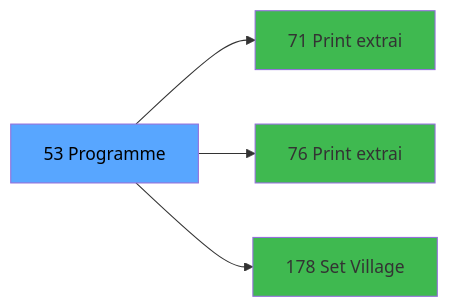
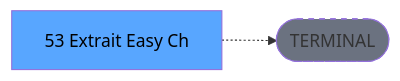
One commit to thonyAGP/lecteur-magic changed the third of 3 diagrams in .openspec/renders/ADH-IDE-53.md. Above: the diagram before and after it, drawn with Mermaid. The commit also changed other lines of this file and 701 other files, not shown here.

````diff
--- a/.openspec/renders/ADH-IDE-53.md
+++ b/.openspec/renders/ADH-IDE-53.md
@@ -125,14 +138,8 @@
 ```mermaid
 graph LR
-    T[53 Programme]
-    C71[71 Print extrai]
-    T --> C71
-    C76[76 Print extrai]
-    T --> C76
-    C178[178 Set Village ]
-    T --> C178
+    T[53 Extrait Easy Ch]
+    TERM([TERMINAL])
+    T -.-> TERM
+    style TERM fill:#6b7280,stroke-dasharray: 5 5
     style T fill:#58a6ff,color:#000
-    style C71 fill:#3fb950
-    style C76 fill:#3fb950
-    style C178 fill:#3fb950
 ```
````
